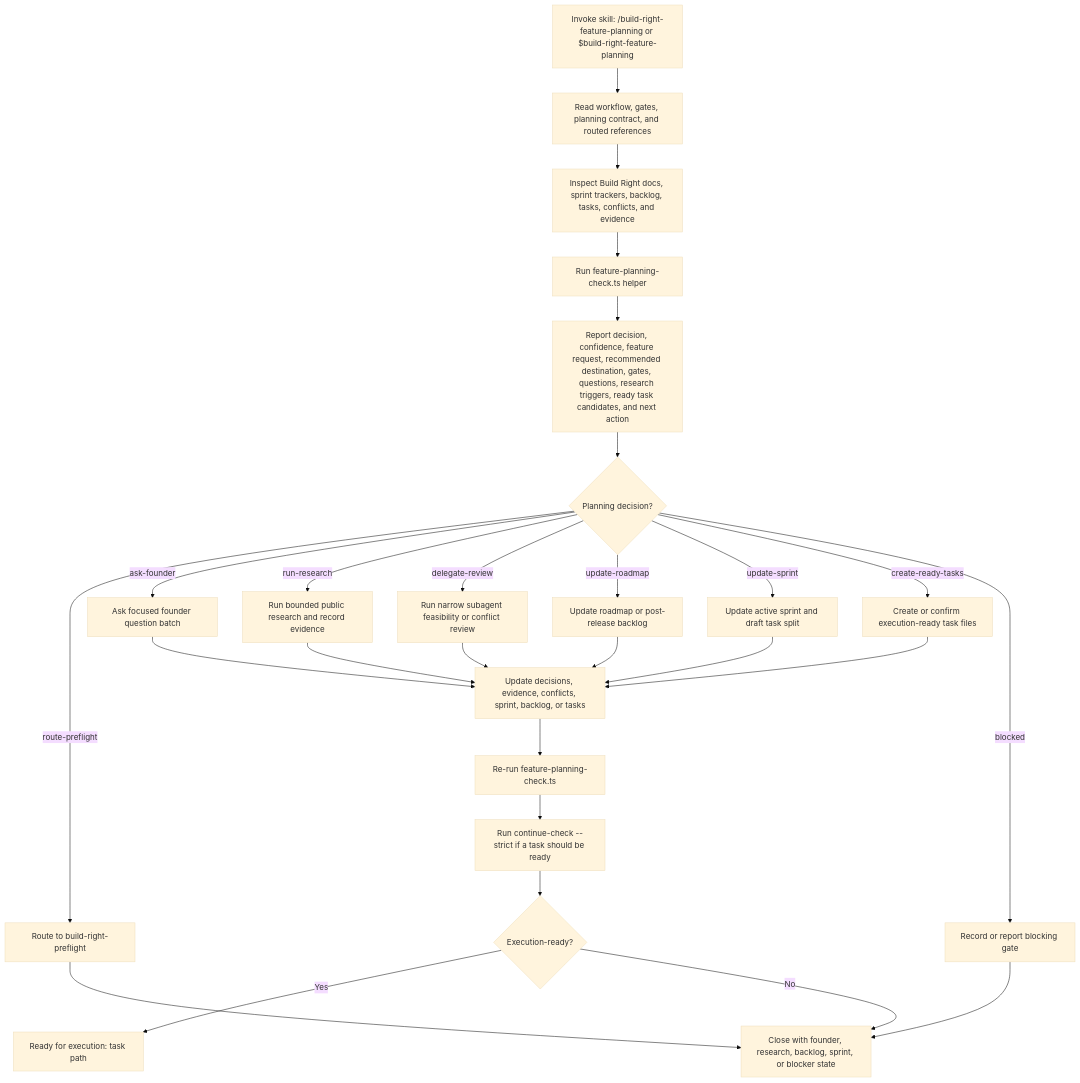
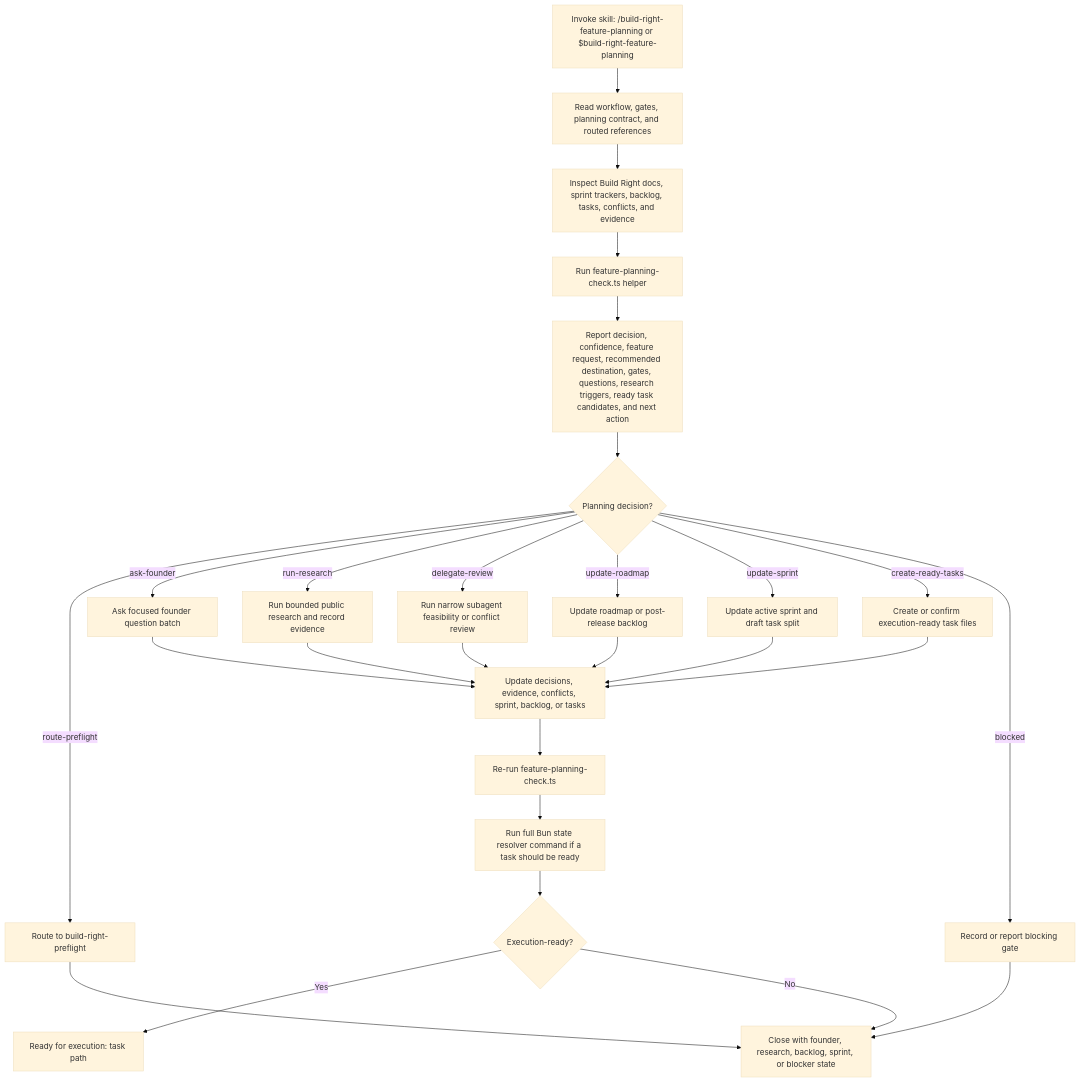
Before and after one commit to pax-k/build-right: the seventh of 12 diagrams in docs/agent-skills-flow-diagrams.md, drawn with Mermaid (base theme). The commit also changed other lines of this file and 8 other files, not shown here.

````diff
--- a/docs/agent-skills-flow-diagrams.md
+++ b/docs/agent-skills-flow-diagrams.md
@@ -247,29 +247,29 @@
 ```mermaid
 flowchart TD
   A["Invoke skill: /build-right-feature-planning or $build-right-feature-planning"] --> B["Read workflow, gates, planning contract, and routed references"]
   B --> C["Inspect Build Right docs, sprint trackers, backlog, tasks, conflicts, and evidence"]
   C --> D["Run feature-planning-check.ts helper"]
   D --> E["Report decision, confidence, feature request, recommended destination, gates, questions, research triggers, ready task candidates, and next action"]
   E --> F{"Planning decision?"}
   F -->|"route-preflight"| G["Route to build-right-preflight"]
   F -->|"ask-founder"| H["Ask focused founder question batch"]
   F -->|"run-research"| I["Run bounded public research and record evidence"]
   F -->|"delegate-review"| J["Run narrow subagent feasibility or conflict review"]
   F -->|"update-roadmap"| K["Update roadmap or post-release backlog"]
   F -->|"update-sprint"| L["Update active sprint and draft task split"]
   F -->|"create-ready-tasks"| M["Create or confirm execution-ready task files"]
   F -->|"blocked"| N["Record or report blocking gate"]
   H --> O["Update decisions, evidence, conflicts, sprint, backlog, or tasks"]
   I --> O
   J --> O
   K --> O
   L --> O
   M --> O
   O --> P["Re-run feature-planning-check.ts"]
-  P --> Q["Run continue-check --strict if a task should be ready"]
+  P --> Q["Run full Bun state resolver command if a task should be ready"]
   Q --> R{"Execution-ready?"}
   R -->|"Yes"| S["Ready for execution: task path"]
   R -->|"No"| T["Close with founder, research, backlog, sprint, or blocker state"]
   G --> T
   N --> T
 ```
````
